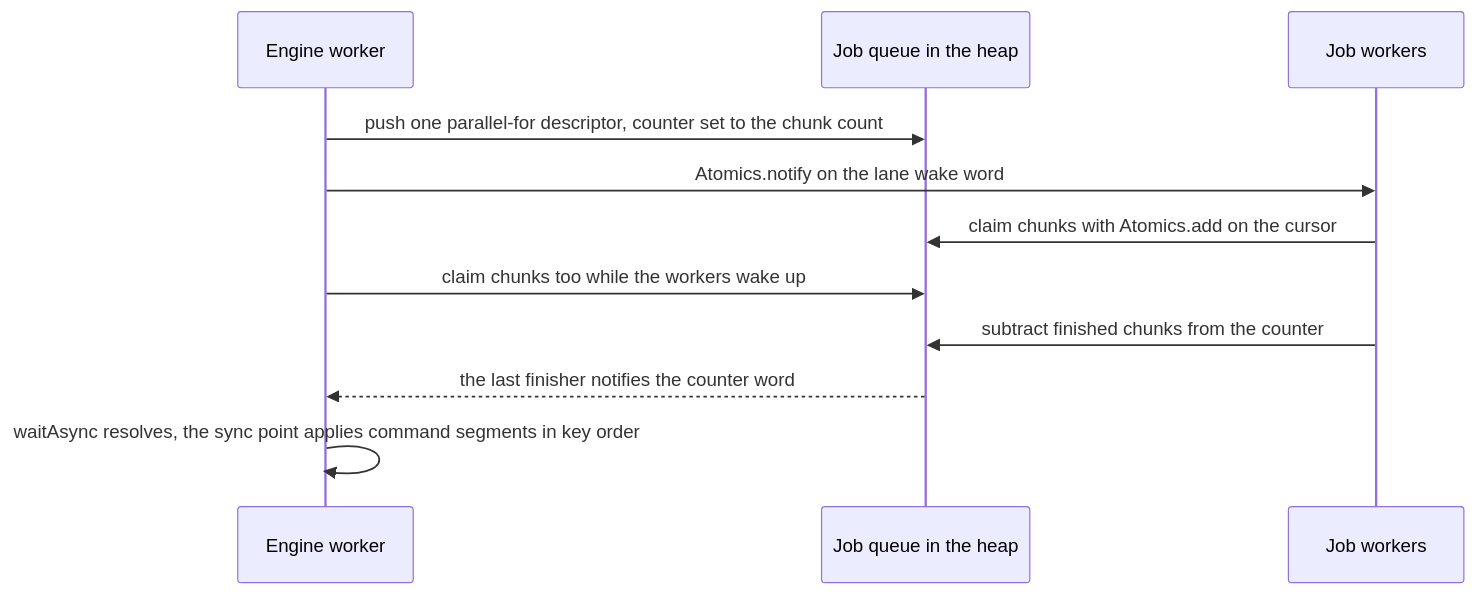
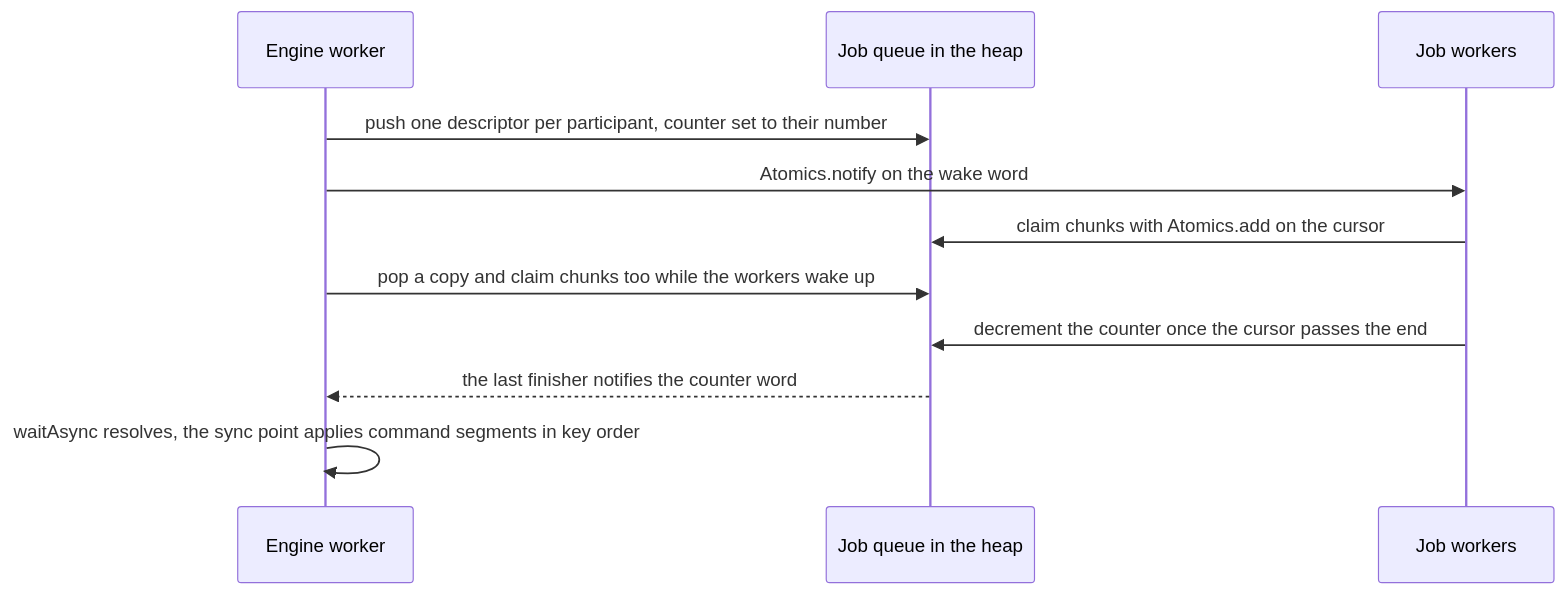
The second of 2 diagrams in docs/engine/02-core-ecs-jobs.md (Doppelkeks/prophet), drawn with Mermaid before and after one commit. The commit also changed other lines of this file and 22 other files, not shown here.

````diff
--- a/docs/engine/02-core-ecs-jobs.md
+++ b/docs/engine/02-core-ecs-jobs.md
@@ -304,13 +305,13 @@
 ```mermaid
 sequenceDiagram
   participant E as Engine worker
   participant H as Job queue in the heap
   participant W as Job workers
-  E->>H: push one parallel-for descriptor, counter set to the chunk count
-  E->>W: Atomics.notify on the lane wake word
+  E->>H: push one descriptor per participant, counter set to their number
+  E->>W: Atomics.notify on the wake word
   W->>H: claim chunks with Atomics.add on the cursor
-  E->>H: claim chunks too while the workers wake up
-  W->>H: subtract finished chunks from the counter
+  E->>H: pop a copy and claim chunks too while the workers wake up
+  W->>H: decrement the counter once the cursor passes the end
   H-->>E: the last finisher notifies the counter word
   E->>E: waitAsync resolves, the sync point applies command segments in key order
 ```
````
